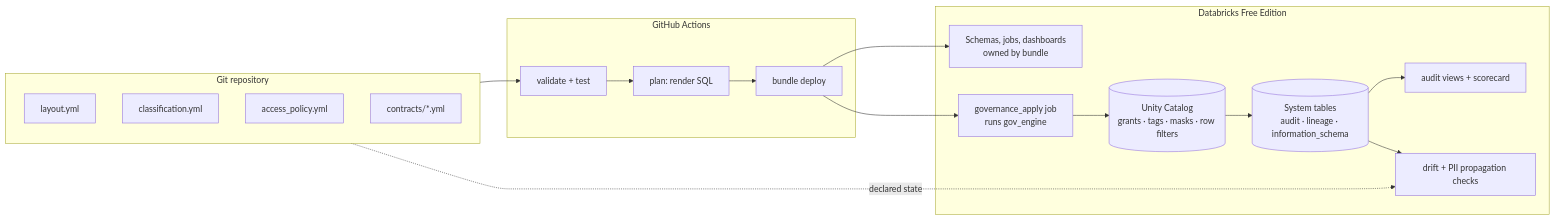
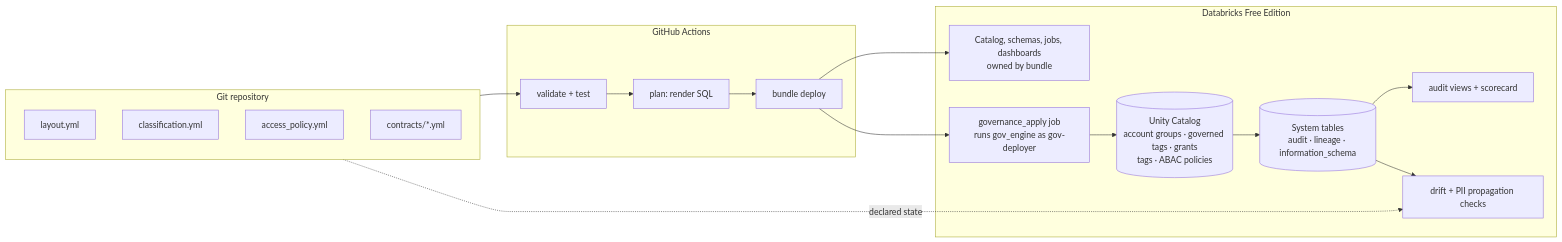
Before and after one commit to felipecastro-data/lakehouse-governance-as-code: the first of 3 diagrams in docs/architecture.md, drawn with Mermaid. The commit also changed other lines of this file and 30 other files, not shown here.

First line of the commit message:
Switch to native ABAC on governed tags and an OAuth deploy service principal

````diff
--- a/docs/architecture.md
+++ b/docs/architecture.md
@@ -5,31 +5,31 @@
 ```mermaid
 flowchart LR
     subgraph Git["Git repository"]
         L[layout.yml]
         C[classification.yml]
         A[access_policy.yml]
         K[contracts/*.yml]
     end
 
     subgraph CI["GitHub Actions"]
         V[validate + test]
         P[plan: render SQL]
         D[bundle deploy]
     end
 
     subgraph DBX["Databricks Free Edition"]
-        S[Schemas, jobs, dashboards<br/>owned by bundle]
-        J[governance_apply job<br/>runs gov_engine]
-        UC[(Unity Catalog<br/>grants · tags · masks · row filters)]
+        S[Catalog, schemas, jobs, dashboards<br/>owned by bundle]
+        J[governance_apply job<br/>runs gov_engine as gov-deployer]
+        UC[(Unity Catalog<br/>account groups · governed tags · grants<br/>tags · ABAC policies)]
         ST[(System tables<br/>audit · lineage · information_schema)]
         AV[audit views + scorecard]
         DR[drift + PII propagation checks]
     end
 
     Git --> V --> P --> D
     D --> S
     D --> J --> UC
     UC --> ST --> AV
     ST --> DR
     Git -. declared state .-> DR
 ```
````
